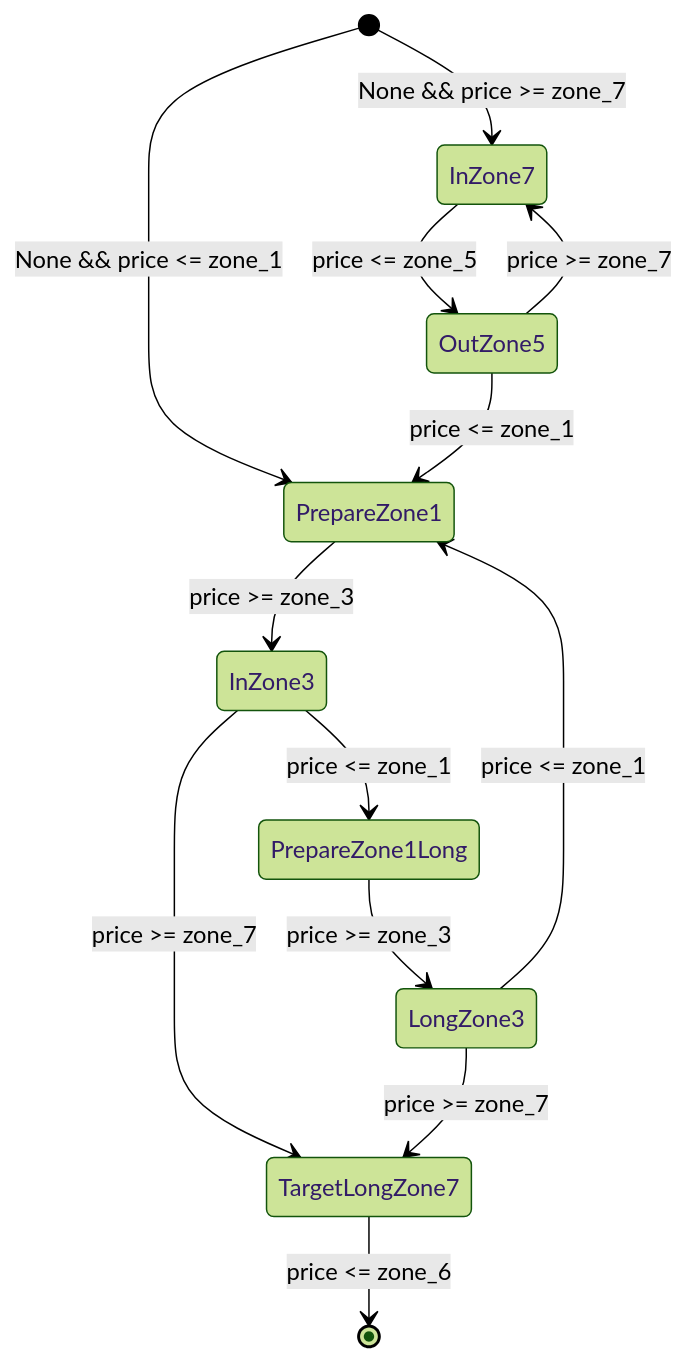
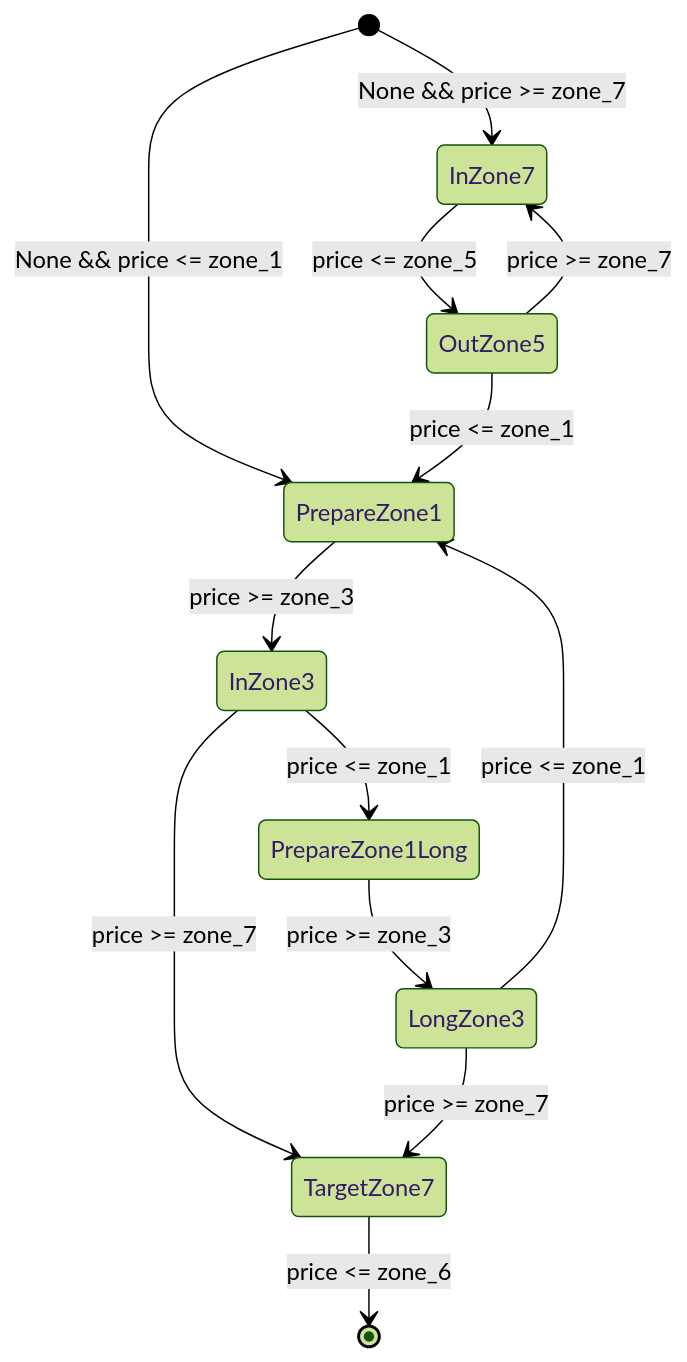
One commit to madrijkaard/rkd-high-frequency-trading changed the second of 3 diagrams in README.md. Above: the diagram before and after it, drawn with Mermaid (forest theme). The commit also changed other lines of this file and 8 other files, not shown here.

````diff
--- a/README.md
+++ b/README.md
@@ -179,16 +179,16 @@
 ```mermaid
 stateDiagram-v2
     [*] --> InZone7: None && price >= zone_7
     [*] --> PrepareZone1: None && price <= zone_1
 
     InZone7 --> OutZone5: price <= zone_5
     OutZone5 --> InZone7: price >= zone_7
     OutZone5 --> PrepareZone1: price <= zone_1
     PrepareZone1 --> InZone3: price >= zone_3
-    InZone3 --> TargetLongZone7: price >= zone_7
+    InZone3 --> TargetZone7: price >= zone_7
     InZone3 --> PrepareZone1Long: price <= zone_1
     PrepareZone1Long --> LongZone3: price >= zone_3
-    LongZone3 --> TargetLongZone7: price >= zone_7
+    LongZone3 --> TargetZone7: price >= zone_7
     LongZone3 --> PrepareZone1: price <= zone_1
-    TargetLongZone7 --> [*]: price <= zone_6
+    TargetZone7 --> [*]: price <= zone_6
 ```
````
